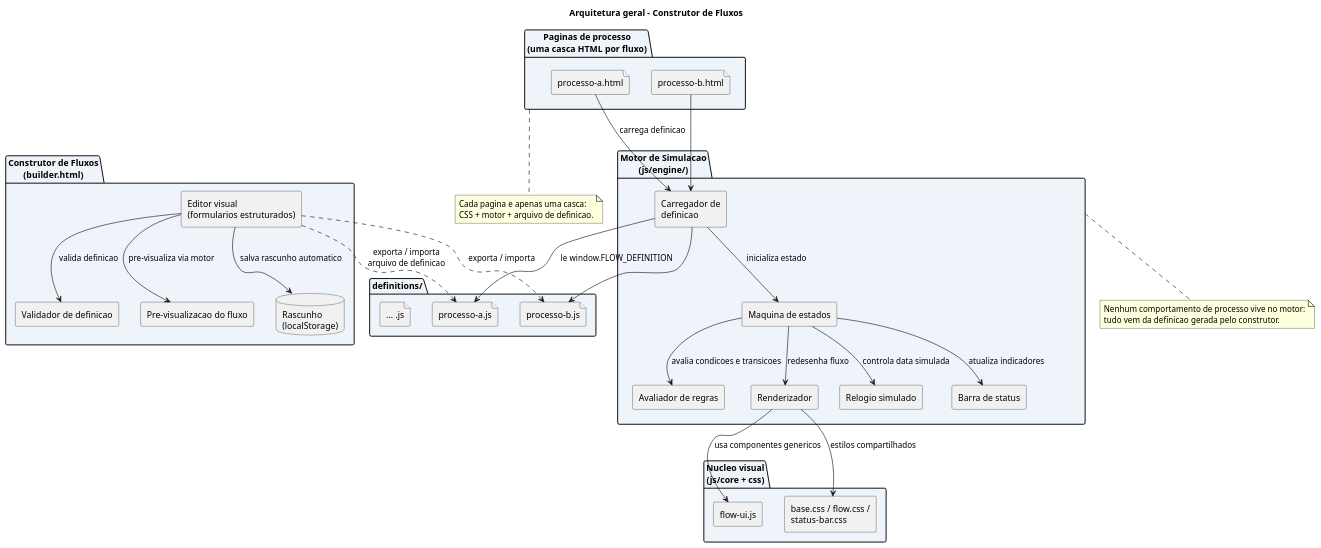
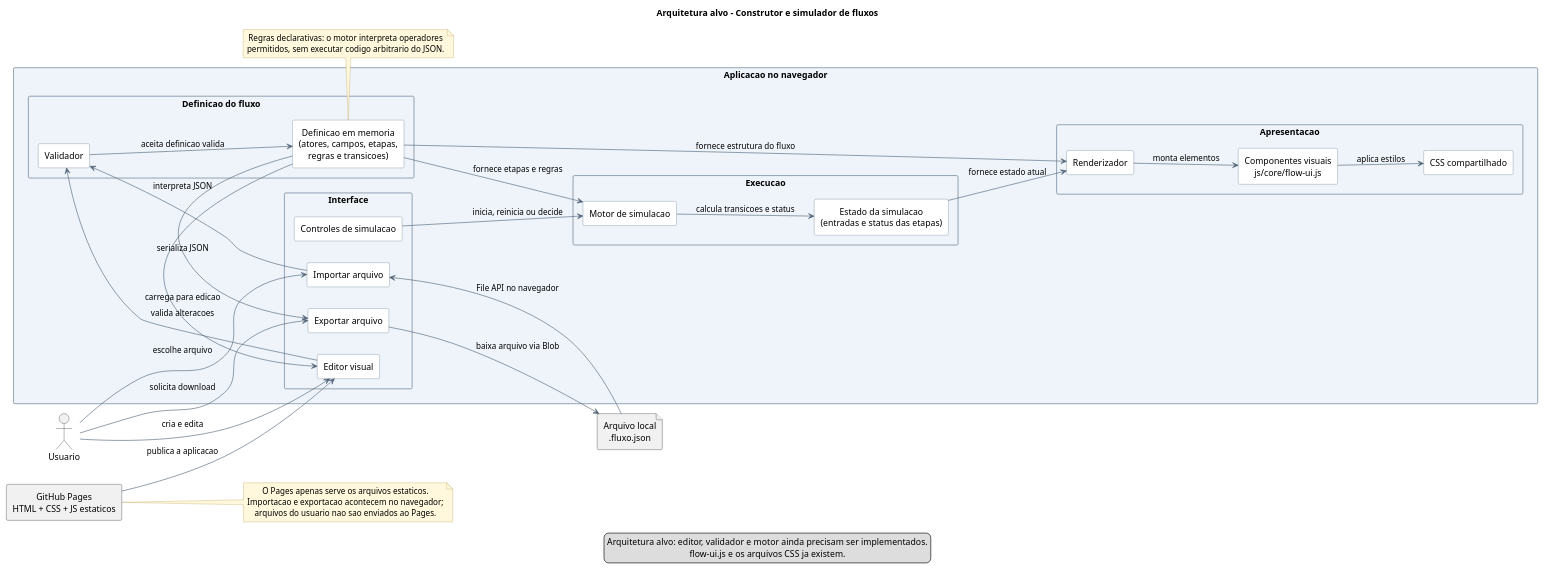
The diagram in diagramas/01-arquitetura.puml (leojroliveira/flow_constructor), drawn with PlantUML before and after one commit.

Commit message:
feat: atualizar diagrama de arquitetura para incluir componentes e fluxos do simulador

```diff
--- a/diagramas/01-arquitetura.puml
+++ b/diagramas/01-arquitetura.puml
@@ -1,67 +1,80 @@
 @startuml 01-arquitetura
-title Arquitetura geral - Construtor de Fluxos
+title Arquitetura alvo - Construtor e simulador de fluxos
 
+left to right direction
 skinparam componentStyle rectangle
-skinparam folderBackgroundColor #FDF6E3
+skinparam packageStyle rectangle
+skinparam shadowing false
+skinparam defaultTextAlignment center
 skinparam packageBackgroundColor #EEF4FA
+skinparam packageBorderColor #5C7185
+skinparam componentBackgroundColor #FFFFFF
+skinparam componentBorderColor #5C7185
+skinparam ArrowColor #526477
+skinparam noteBackgroundColor #FFF8DC
+skinparam noteBorderColor #B79A51
 
-package "Construtor de Fluxos\n(builder.html)" as Construtor {
-  [Editor visual\n(formularios estruturados)] as Editor
-  [Validador de definicao] as Validador
-  [Pre-visualizacao do fluxo] as Preview
-  database "Rascunho\n(localStorage)" as Rascunho
+actor "Usuario" as User
+file "Arquivo local\n.fluxo.json" as FlowFile
+rectangle "GitHub Pages\nHTML + CSS + JS estaticos" as Hosting
+
+package "Aplicacao no navegador" {
+  package "Interface" {
+    [Editor visual] as Editor
+    [Importar arquivo] as Import
+    [Exportar arquivo] as Export
+    [Controles de simulacao] as SimControls
+  }
+
+  package "Definicao do fluxo" {
+    [Validador] as Validator
+    [Definicao em memoria\n(atores, campos, etapas,\nregras e transicoes)] as Definition
+  }
+
+  package "Execucao" {
+    [Motor de simulacao] as Engine
+    [Estado da simulacao\n(entradas e status das etapas)] as Runtime
+  }
+
+  package "Apresentacao" {
+    [Renderizador] as Renderer
+    [Componentes visuais\njs/core/flow-ui.js] as FlowUI
+    [CSS compartilhado] as CSS
+  }
 }
 
-folder "definitions/" as Defs {
-  file "processo-a.js" as DefA
-  file "processo-b.js" as DefB
-  file "... .js" as DefOutros
-}
+Hosting --> Editor : publica a aplicacao
+User --> Editor : cria e edita
+User --> Import : escolhe arquivo
+FlowFile --> Import : File API no navegador
+Import --> Validator : interpreta JSON
+Definition --> Editor : carrega para edicao
+Editor --> Validator : valida alteracoes
+Validator --> Definition : aceita definicao valida
+User --> Export : solicita download
+Definition --> Export : serializa JSON
+Export --> FlowFile : baixa arquivo via Blob
+Definition --> Engine : fornece etapas e regras
+SimControls --> Engine : inicia, reinicia ou decide
+Engine --> Runtime : calcula transicoes e status
+Definition --> Renderer : fornece estrutura do fluxo
+Runtime --> Renderer : fornece estado atual
+Renderer --> FlowUI : monta elementos
+FlowUI --> CSS : aplica estilos
 
-package "Motor de Simulacao\n(js/engine/)" as Motor {
-  [Carregador de\ndefinicao] as Loader
-  [Maquina de estados] as FSM
-  [Avaliador de regras] as Rules
-  [Renderizador] as Renderer
-  [Relogio simulado] as Clock
-  [Barra de status] as StatusBar
-}
-
-package "Nucleo visual\n(js/core + css)" as Core {
-  [flow-ui.js] as FlowUI
-  [base.css / flow.css /\nstatus-bar.css] as Css
-}
-
-package "Paginas de processo\n(uma casca HTML por fluxo)" as Pages {
-  file "processo-a.html" as PageA
-  file "processo-b.html" as PageB
-}
-
-Editor --> Validador : valida definicao
-Editor --> Rascunho : salva rascunho automatico
-Editor --> Preview : pre-visualiza via motor
-Editor ..> DefA : exporta / importa\narquivo de definicao
-Editor ..> DefB : exporta / importa
-
-PageA --> Loader : carrega definicao
-PageB --> Loader
-Loader --> DefA : le window.FLOW_DEFINITION
-Loader --> DefB
-Loader --> FSM : inicializa estado
-FSM --> Rules : avalia condicoes e transicoes
-FSM --> Clock : controla data simulada
-FSM --> Renderer : redesenha fluxo
-FSM --> StatusBar : atualiza indicadores
-Renderer --> FlowUI : usa componentes genericos
-Renderer --> Css : estilos compartilhados
-
-note bottom of Motor
-  Nenhum comportamento de processo vive no motor:
-  tudo vem da definicao gerada pelo construtor.
+note right of Hosting
+  O Pages apenas serve os arquivos estaticos.
+  Importacao e exportacao acontecem no navegador;
+  arquivos do usuario nao sao enviados ao Pages.
 end note
 
-note bottom of Pages
-  Cada pagina e apenas uma casca:
-  CSS + motor + arquivo de definicao.
+note bottom of Definition
+  Regras declarativas: o motor interpreta operadores
+  permitidos, sem executar codigo arbitrario do JSON.
 end note
+
+legend bottom
+  Arquitetura alvo: editor, validador e motor ainda precisam ser implementados.
+  flow-ui.js e os arquivos CSS ja existem.
+endlegend
 @enduml
```
